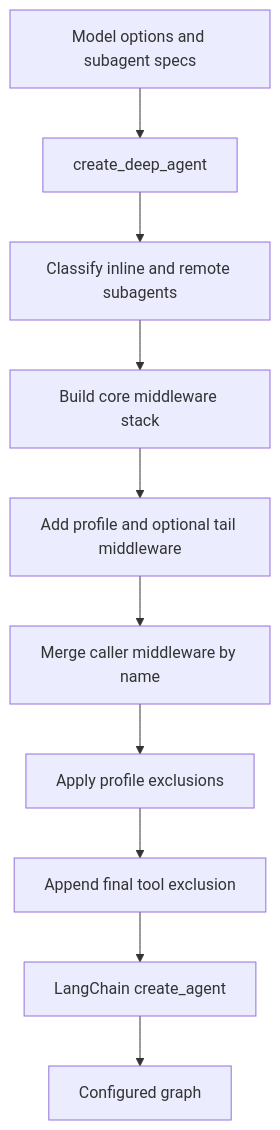
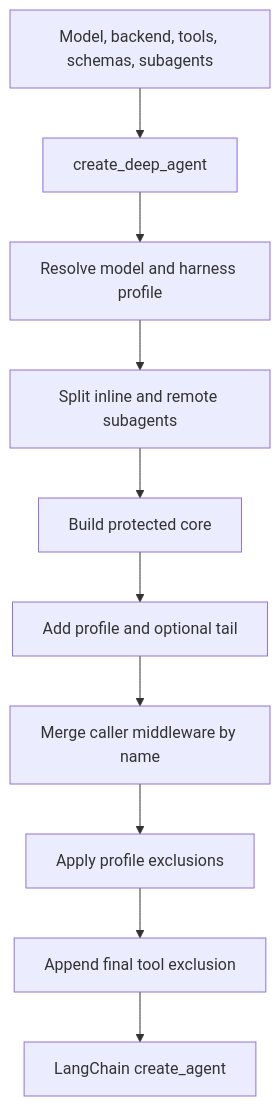
Before and after one commit to langchain-ai/deepagents: the second of 3 diagrams in openwiki/architecture/source-map.md, drawn with Mermaid. The commit also changed other lines of this file and 47 other files, not shown here.

````diff
--- a/openwiki/architecture/source-map.md
+++ b/openwiki/architecture/source-map.md
@@ -68,12 +88,12 @@
 ```mermaid
 flowchart TD
-  Inputs["Model options and subagent specs"] --> Build["create_deep_agent"]
-  Build --> Classify["Classify inline and remote subagents"]
-  Classify --> Core["Build core middleware stack"]
-  Core --> Tail["Add profile and optional tail middleware"]
+  Inputs["Model, backend, tools, schemas, subagents"] --> Build["create_deep_agent"]
+  Build --> Resolve["Resolve model and harness profile"]
+  Resolve --> Split["Split inline and remote subagents"]
+  Split --> Core["Build protected core"]
+  Core --> Tail["Add profile and optional tail"]
   Tail --> Merge["Merge caller middleware by name"]
-  Merge --> Filter["Apply profile exclusions"]
-  Filter --> Tools["Append final tool exclusion"]
-  Tools --> Compile["LangChain create_agent"]
-  Compile --> Agent["Configured graph"]
+  Merge --> Exclude["Apply profile exclusions"]
+  Exclude --> ToolFilter["Append final tool exclusion"]
+  ToolFilter --> Compile["LangChain create_agent"]
 ```
````
